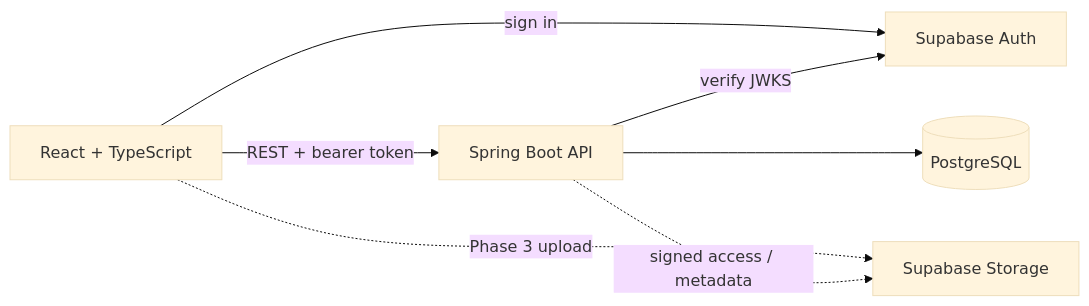
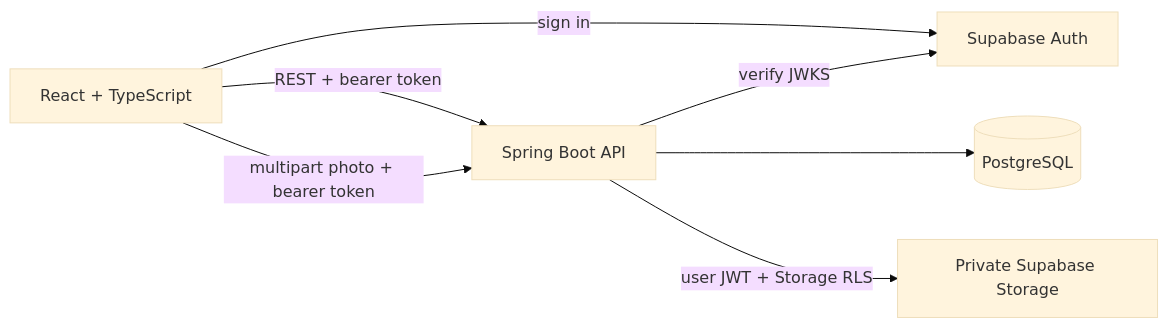
The first of 2 diagrams in docs/architecture/architecture.md (ilynet-0302/Travel-Memory-Map), drawn with Mermaid (base theme) before and after one commit. The commit also changed other lines of this file and 49 other files, not shown here.

First line of the commit message:
feat: add photo upload and management features

````diff
--- a/docs/architecture/architecture.md
+++ b/docs/architecture/architecture.md
@@ -5,9 +5,9 @@
 ```mermaid
 flowchart LR
     Browser[React + TypeScript] -->|REST + bearer token| API[Spring Boot API]
     Browser -->|sign in| Auth[Supabase Auth]
     API -->|verify JWKS| Auth
     API --> DB[(PostgreSQL)]
-    Browser -. Phase 3 upload .-> Storage[Supabase Storage]
-    API -. signed access / metadata .-> Storage
+    Browser -->|multipart photo + bearer token| API
+    API -->|user JWT + Storage RLS| Storage[Private Supabase Storage]
 ```
````
